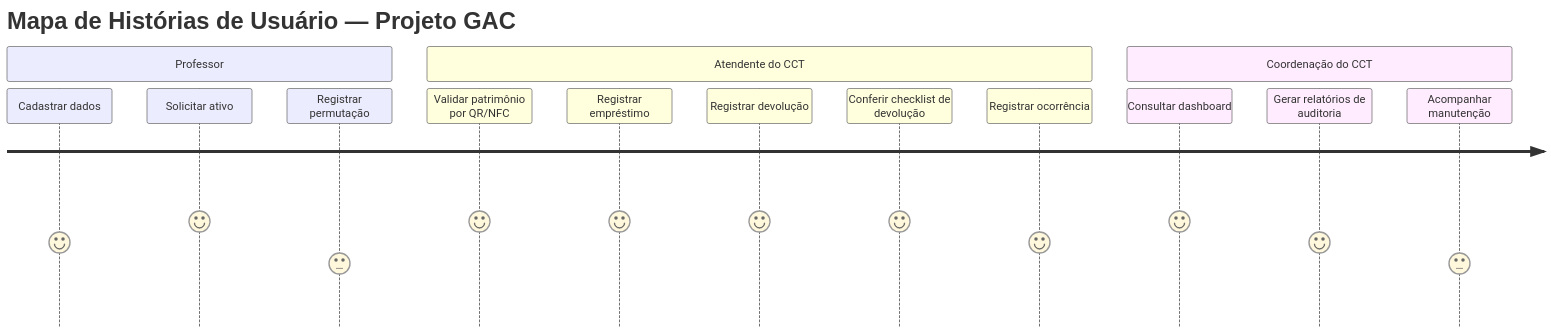
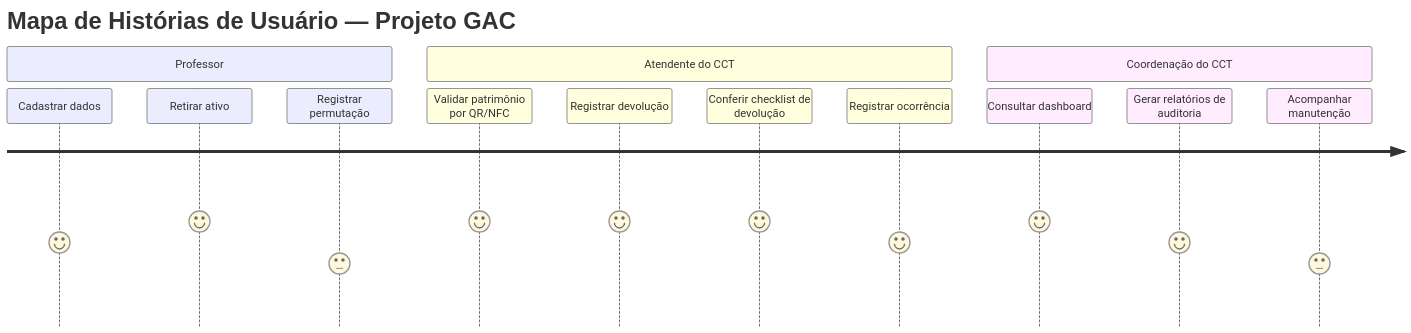
Before and after one commit to wanessadev/requisitos-2026--GAC--manitos: the fourth of 4 diagrams in Nova pasta/visao-demanda-gac.md, drawn with Mermaid. The commit also changed other lines of this file, not shown here.

````diff
--- a/Nova pasta/visao-demanda-gac.md
+++ b/Nova pasta/visao-demanda-gac.md
@@ -401,18 +392,17 @@
 ```mermaid
 journey
     title Mapa de Histórias de Usuário — Projeto GAC
     section Professor
       Cadastrar dados: 4
-      Solicitar ativo: 5
+      Retirar ativo: 5
       Registrar permutação: 3
     section Atendente do CCT
       Validar patrimônio por QR/NFC: 5
-      Registrar empréstimo: 5
       Registrar devolução: 5
       Conferir checklist de devolução: 5
       Registrar ocorrência: 4
     section Coordenação do CCT
       Consultar dashboard: 5
       Gerar relatórios de auditoria: 4
       Acompanhar manutenção: 3
 ```
````
